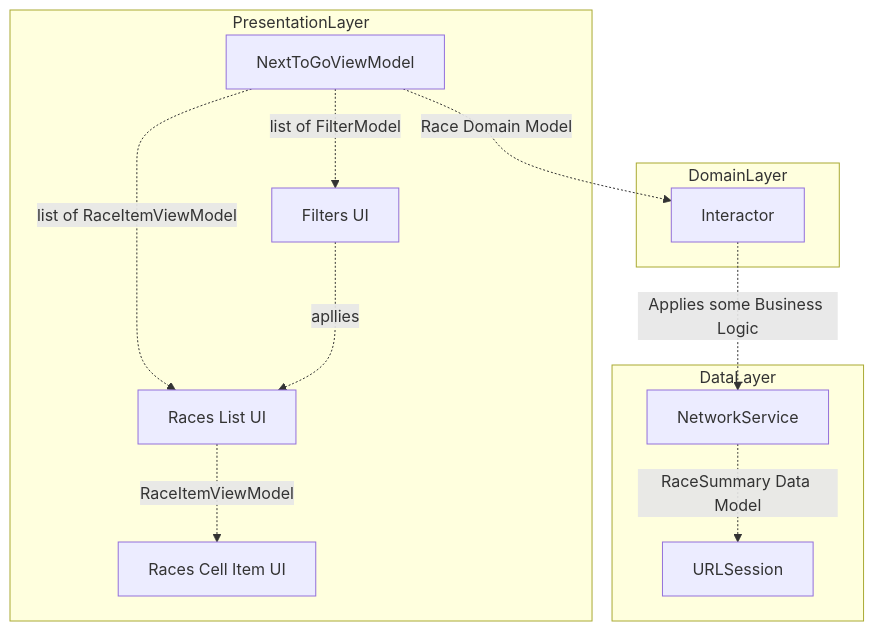
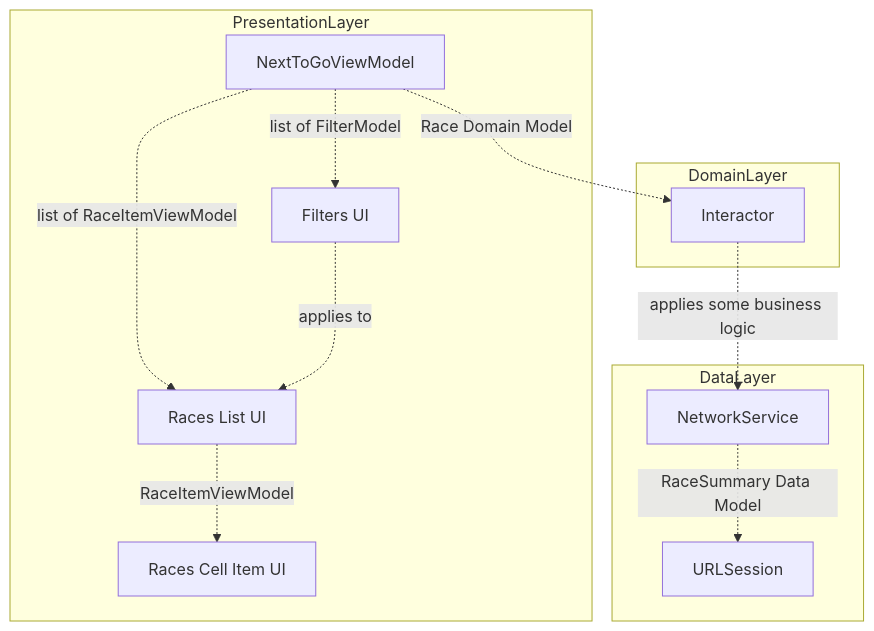
The second of 2 diagrams in README.md (arinjoy/next-to-go), drawn with Mermaid before and after one commit. The commit also changed other lines of this file, not shown here.

````diff
--- a/README.md
+++ b/README.md
@@ -40,16 +47,16 @@
 ```mermaid
 graph TB
     subgraph DataLayer;
     a1[NetworkService]-. RaceSummary Data Model .->a2[URLSession];
     end;
     subgraph DomainLayer;
-    b1[Interactor]-. Applies some Business Logic  .->a1;
+    b1[Interactor]-. applies some business logic  .->a1;
     end;
     subgraph PresentationLayer;
     c1[NextToGoViewModel]-. list of RaceItemViewModel .->c2[Races List UI];
     c2-. RaceItemViewModel .->c3[Races Cell Item UI];
     c1-. list of FilterModel .->c4[Filters UI];
-    c4-. apllies .->c2
+    c4-. applies to .->c2
     end;
     c1-. Race Domain Model .->b1;
 ```
````
